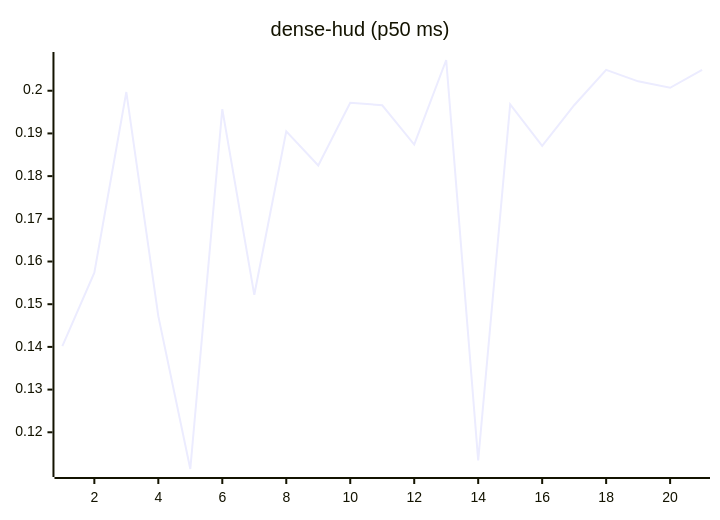
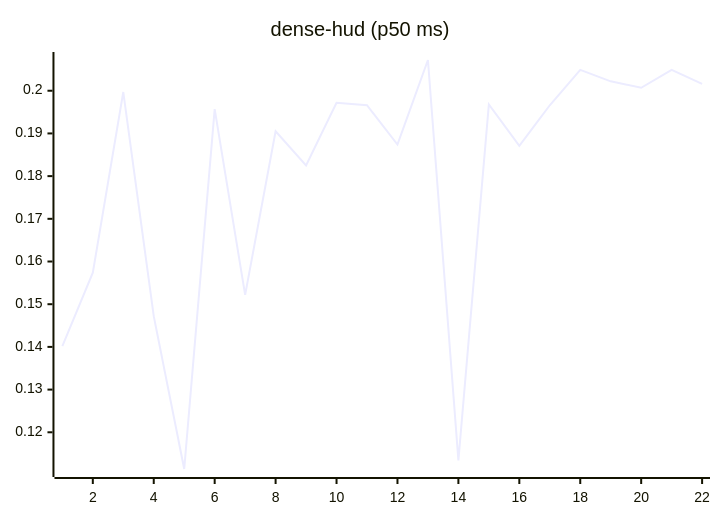
Before and after one commit to josha/Facet: the eighth of 27 diagrams in README.md, drawn with Mermaid. The commit also changed other lines of this file and 2 other files, not shown here.

````diff
--- a/README.md
+++ b/README.md
@@ -112,6 +112,6 @@
 ```mermaid
 xychart-beta
     title "dense-hud (p50 ms)"
-    x-axis 1 --> 21
-    line [0.1402, 0.1574, 0.1997, 0.1472, 0.1114, 0.1957, 0.1522, 0.1905, 0.1825, 0.1972, 0.1966, 0.1874, 0.2072, 0.1134, 0.1968, 0.1871, 0.1966, 0.2049, 0.2022, 0.2007, 0.2049]
+    x-axis 1 --> 22
+    line [0.1402, 0.1574, 0.1997, 0.1472, 0.1114, 0.1957, 0.1522, 0.1905, 0.1825, 0.1972, 0.1966, 0.1874, 0.2072, 0.1134, 0.1968, 0.1871, 0.1966, 0.2049, 0.2022, 0.2007, 0.2049, 0.2016]
 ```
````
